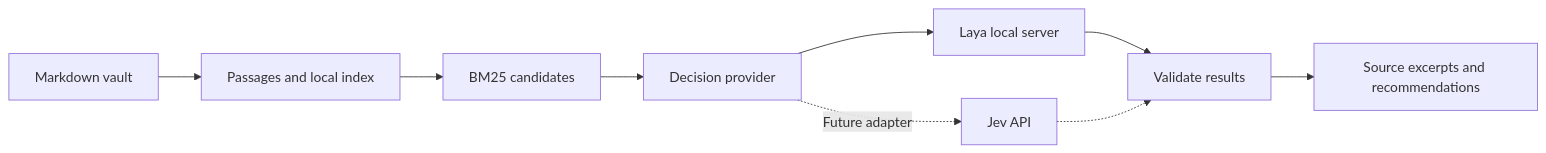
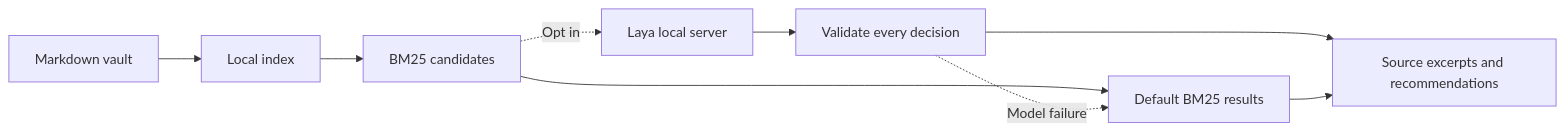
The diagram in README.md (hyeondata/brain-openkit), drawn with Mermaid before and after one commit. The commit also changed other lines of this file and 32 other files, not shown here.

````diff
--- a/README.md
+++ b/README.md
@@ -53,11 +43,11 @@
-```mermaid
+~~~mermaid
 flowchart LR
-    A[Markdown vault] --> B[Passages and local index]
+    A[Markdown vault] --> B[Local index]
     B --> C[BM25 candidates]
-    C --> D[Decision provider]
-    D --> E[Laya local server]
-    D -. Future adapter .-> F[Jev API]
-    E --> G[Validate results]
-    F -.-> G
-    G --> H[Source excerpts and recommendations]
-```
+    C --> D[Default BM25 results]
+    C -. Opt in .-> E[Laya local server]
+    E --> F[Validate every decision]
+    F --> G[Source excerpts and recommendations]
+    D --> G
+    F -. Model failure .-> D
+~~~
````
